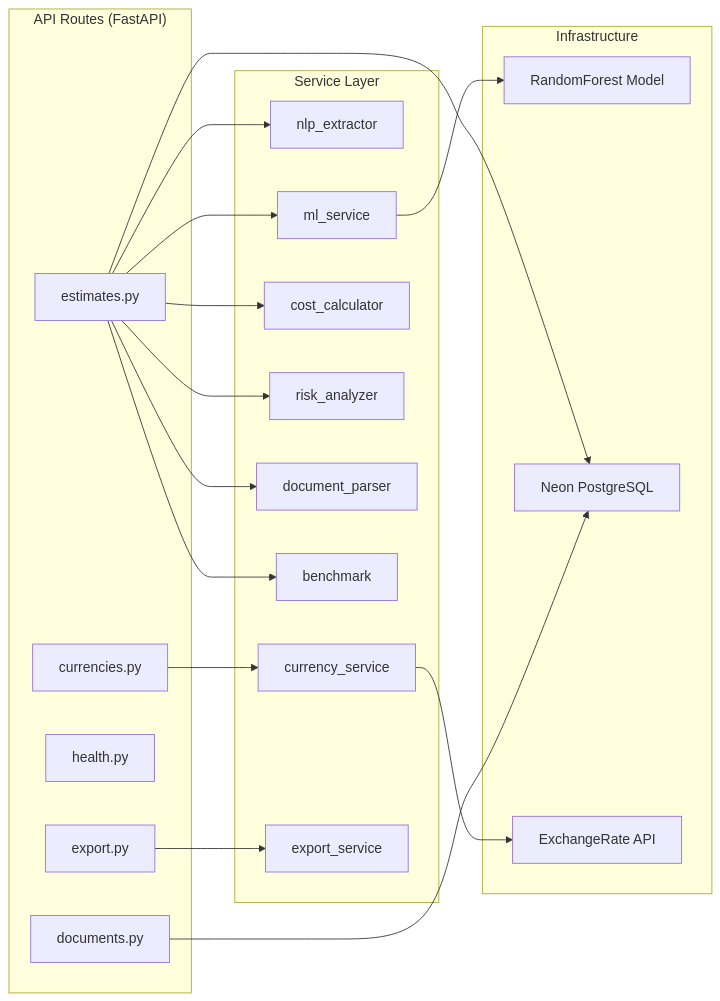
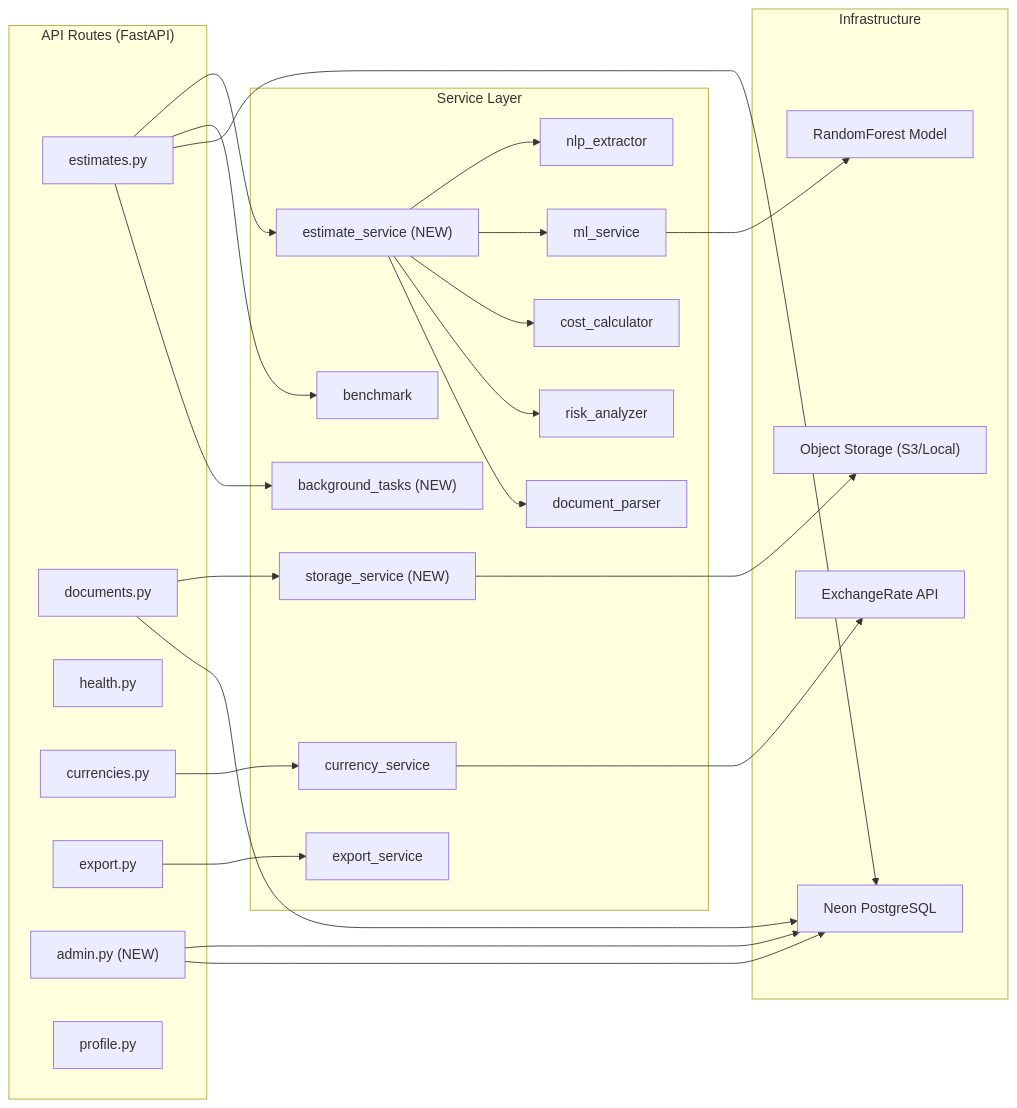
One commit to AtharvS7/PredictIQ changed the seventh of 18 diagrams in docs/walkthrough.md. Above: the diagram before and after it, drawn with Mermaid. The commit also changed other lines of this file and 1 other file, not shown here.

Commit message:
docs: update walkthrough v3.2.0 + audit report - RBAC, architecture, 316 tests

````diff
--- a/docs/walkthrough.md
+++ b/docs/walkthrough.md
@@ -873,35 +893,46 @@
 ```mermaid
 graph LR
     subgraph ROUTES["API Routes (FastAPI)"]
         R1["estimates.py"]
         R2["documents.py"]
         R3["health.py"]
         R4["currencies.py"]
         R5["export.py"]
+        R6["admin.py (NEW)"]
+        R7["profile.py"]
     end
 
     subgraph SERVICES["Service Layer"]
         S1["nlp_extractor"]
         S2["ml_service"]
         S3["cost_calculator"]
         S4["risk_analyzer"]
         S5["document_parser"]
         S6["benchmark"]
         S7["currency_service"]
         S8["export_service"]
+        S9["estimate_service (NEW)"]
+        S10["storage_service (NEW)"]
+        S11["background_tasks (NEW)"]
     end
 
     subgraph INFRA["Infrastructure"]
         I1["RandomForest Model"]
         I2["Neon PostgreSQL"]
         I3["ExchangeRate API"]
+        I4["Object Storage (S3/Local)"]
     end
 
-    R1 --> S1 & S2 & S3 & S4 & S5
+    R1 --> S9
+    S9 --> S1 & S2 & S3 & S4 & S5
     R1 --> S6
+    R2 --> S10
     R4 --> S7
     R5 --> S8
+    R6 --> I2
     S2 --> I1
-    R1 & R2 --> I2
+    R1 & R2 & R6 --> I2
     S7 --> I3
+    S10 --> I4
+    R1 --> S11
 ```
````
